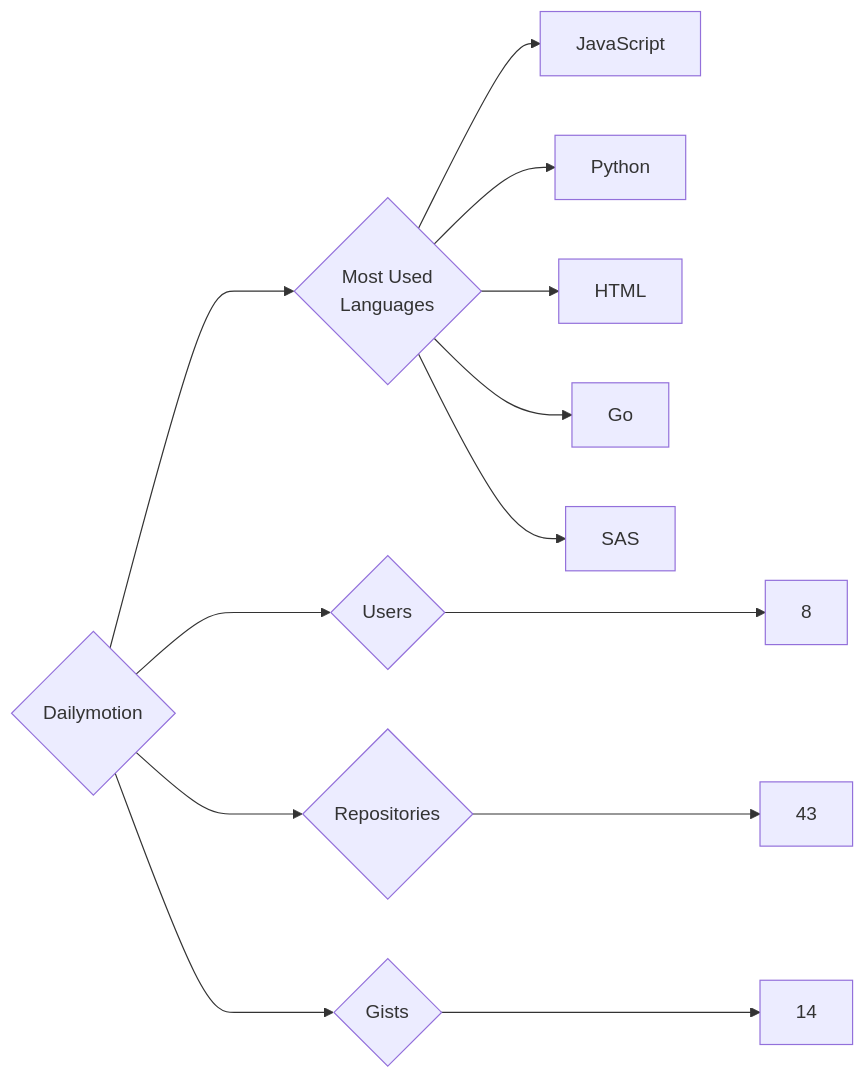
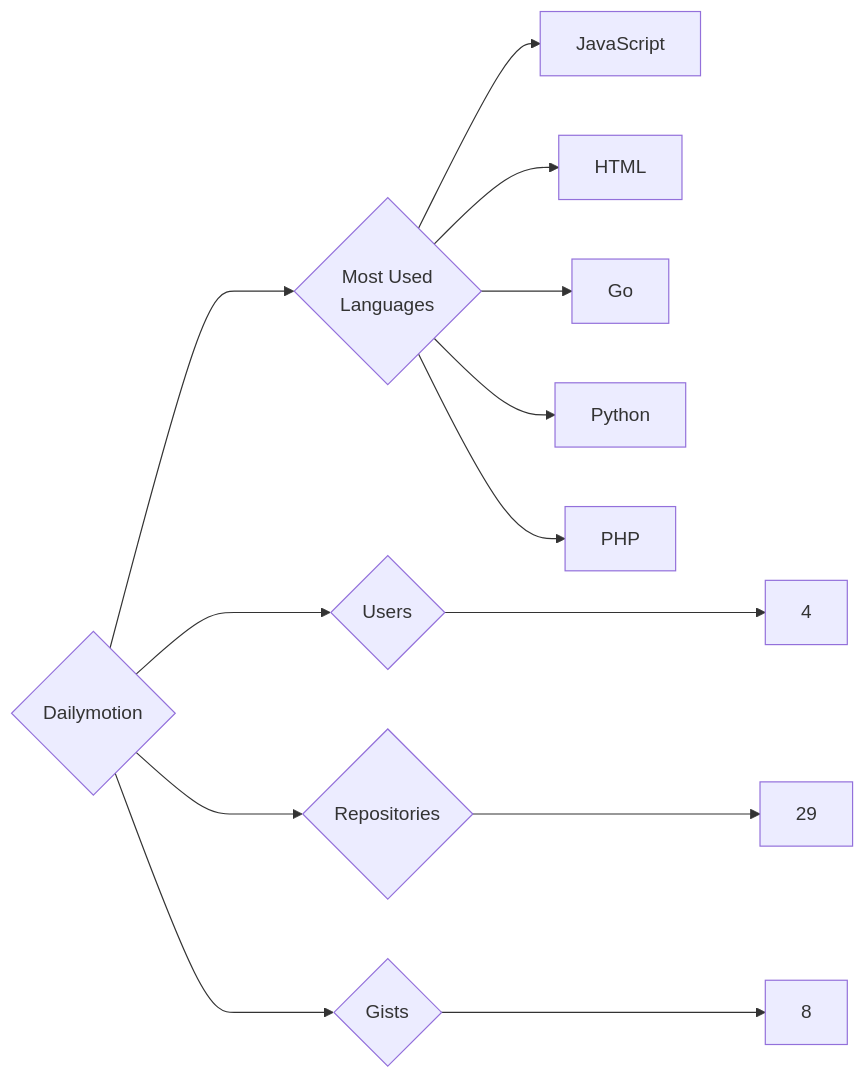
The diagram in targets/Dailymotion/README.md (trickest/insiders), drawn with Mermaid before and after one commit. The commit also changed 951 other files, not shown here.

````diff
--- a/targets/Dailymotion/README.md
+++ b/targets/Dailymotion/README.md
@@ -3,13 +3,13 @@
 ```mermaid
 graph LR
 COMPANY_NAME{Dailymotion}
-COMPANY_NAME ---> U{Users} ---> UN[8]
-COMPANY_NAME ---> R{Repositories} ---> RN[43]
-COMPANY_NAME ---> G{Gists} ---> GN[14]
+COMPANY_NAME ---> U{Users} ---> UN[4]
+COMPANY_NAME ---> R{Repositories} ---> RN[29]
+COMPANY_NAME ---> G{Gists} ---> GN[8]
 COMPANY_NAME ---> ML{Most Used<br>Languages}
-ML --> JavaScript
-ML --> Python
-ML --> HTML
-ML --> Go
-ML --> SAS
+ML --> JavaScript[JavaScript]
+ML --> HTML[HTML]
+ML --> Go[Go]
+ML --> Python[Python]
+ML --> PHP[PHP]
 ```
````
